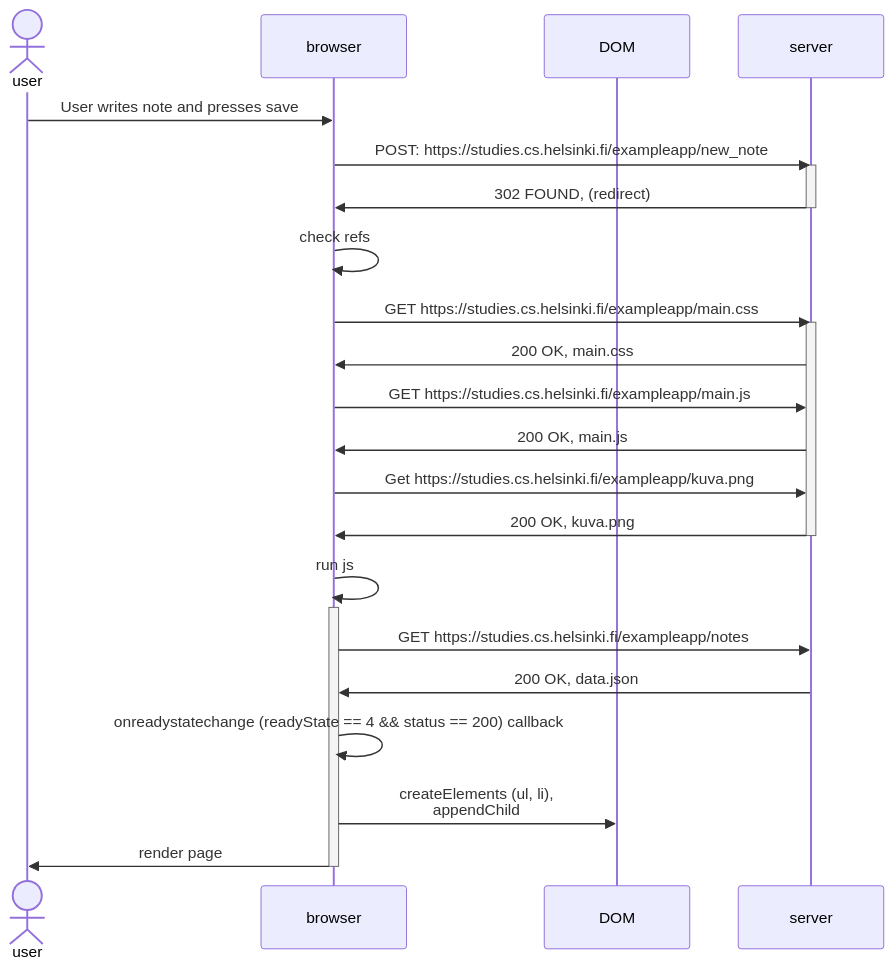
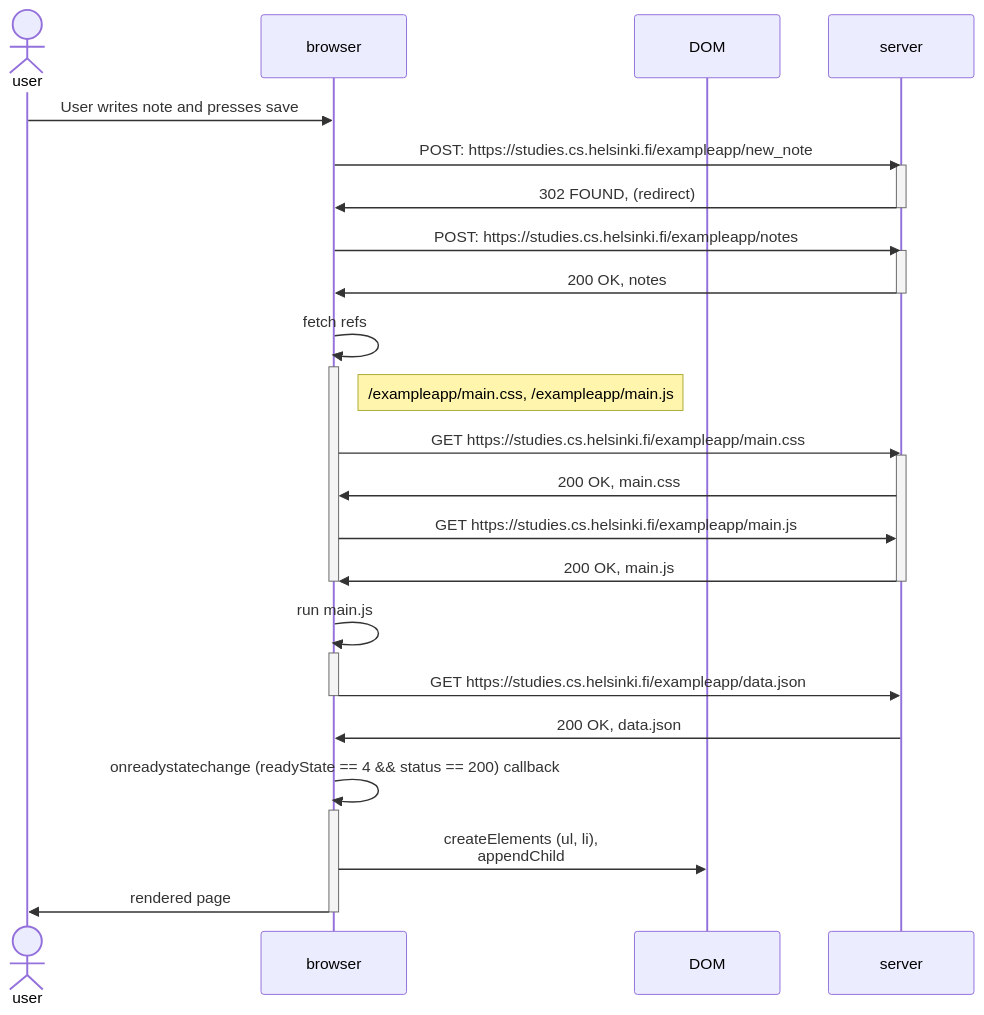
One commit to mattire/FullStackOpen_Palautusrepositorio changed the first of 3 diagrams in osa0/README.md. Above: the diagram before and after it, drawn with Mermaid. The commit also changed other lines of this file, not shown here.

Commit message:
Osa0, refine seq diagrams

````diff
--- a/osa0/README.md
+++ b/osa0/README.md
@@ -5,32 +7,38 @@
 ```mermaid
 sequenceDiagram
     actor user
     participant browser
     participant DOM
     participant server
 
     user->>browser: User writes note and presses save
     browser->>server: POST: https://studies.cs.helsinki.fi/exampleapp/new_note
     activate server
     server->>browser: 302 FOUND, (redirect)
     deactivate server
+    browser->>server: POST: https://studies.cs.helsinki.fi/exampleapp/notes
+    activate server
+    server->>browser: 200 OK, notes
+    deactivate server
 
-    browser->>browser: check refs
-
+    browser->>browser: fetch refs
+    activate browser
+    Note right of browser:/exampleapp/main.css, /exampleapp/main.js
     browser->>server: GET https://studies.cs.helsinki.fi/exampleapp/main.css
     activate server
     server->>browser: 200 OK, main.css
     browser->>server: GET https://studies.cs.helsinki.fi/exampleapp/main.js
     server->>browser: 200 OK, main.js
-    browser->>server: Get https://studies.cs.helsinki.fi/exampleapp/kuva.png
-    server->>browser: 200 OK, kuva.png
+    deactivate browser
     deactivate server
-    browser->>browser: run js
+    browser->>browser: run main.js
     activate browser
-    browser->>server: GET https://studies.cs.helsinki.fi/exampleapp/notes
+    browser->>server: GET https://studies.cs.helsinki.fi/exampleapp/data.json
+    deactivate browser
     server->>browser: 200 OK, data.json
     browser->>browser: onreadystatechange (readyState == 4 && status == 200) callback
+    activate browser
     browser->>DOM: createElements (ul, li),<br>appendChild
-    browser->>user: render page
+    browser->>user: rendered page
     deactivate browser
 ```
````
